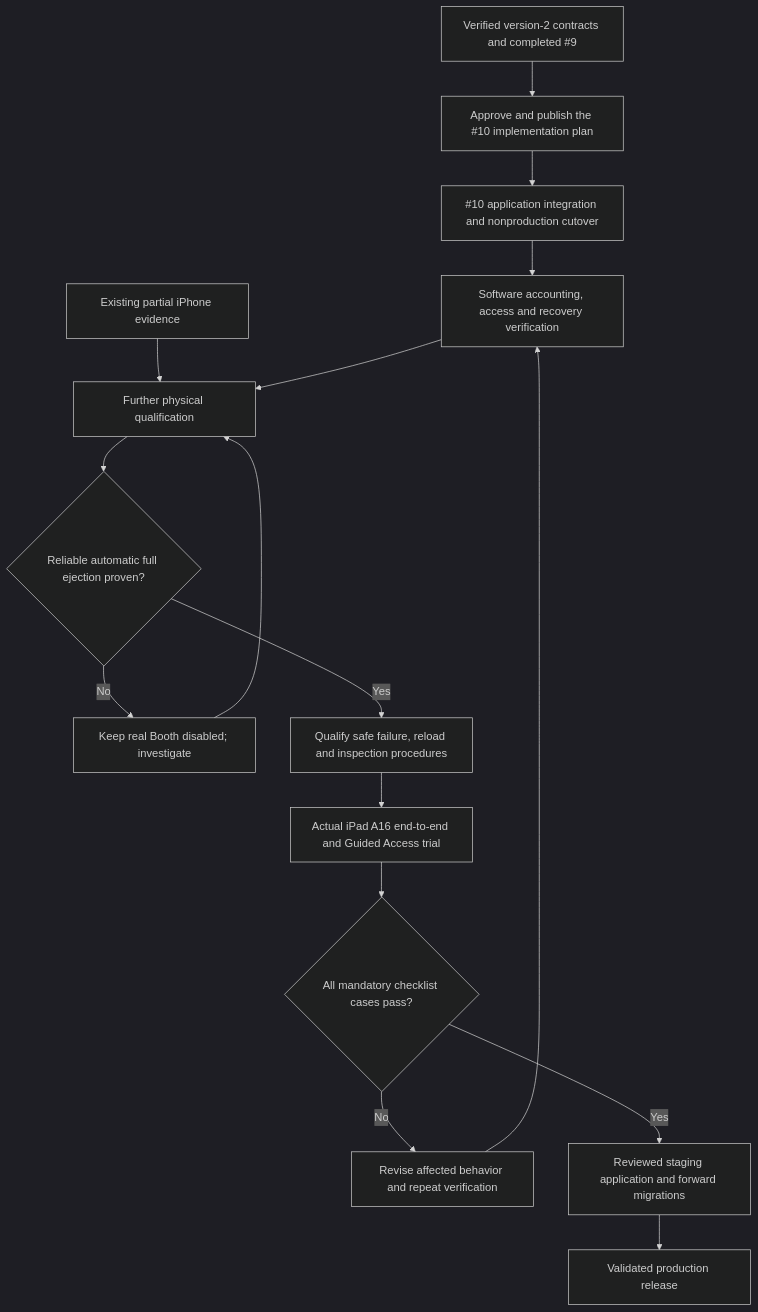
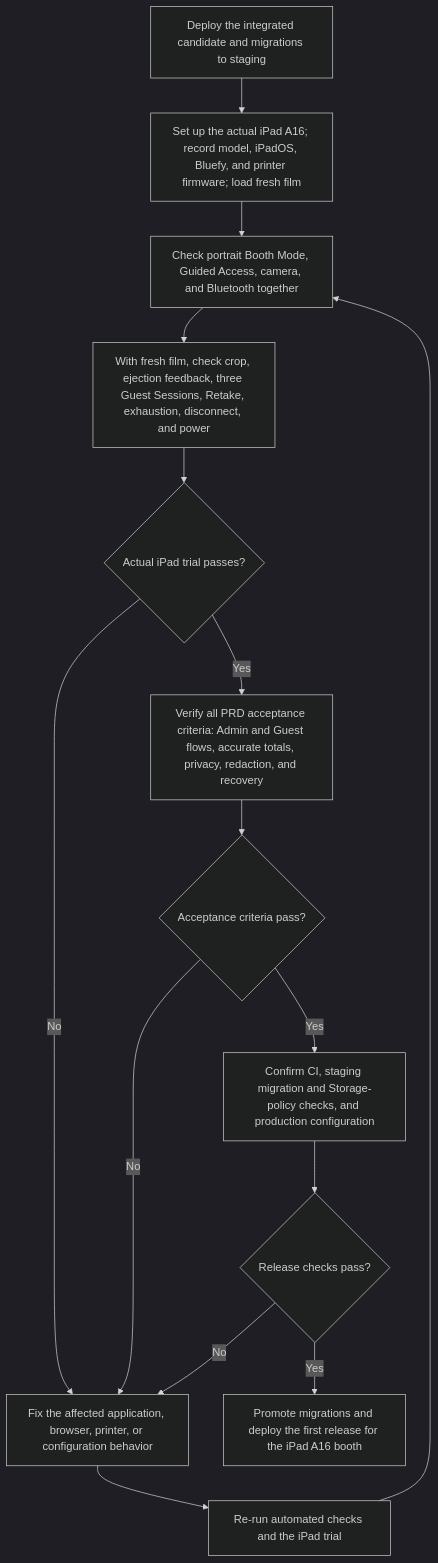
One commit to noelorph/diy-instax-photobooth changed the fourth of 4 diagrams in docs/diagrams/printing-to-deployment-flow.md. Above: the diagram before and after it, drawn with Mermaid (dark theme). The commit also changed other lines of this file and 346 other files, not shown here.

````diff
--- a/docs/diagrams/printing-to-deployment-flow.md
+++ b/docs/diagrams/printing-to-deployment-flow.md
@@ -5,18 +62,17 @@
 ```mermaid
 flowchart TD
-  D[Verified version-2 contracts and completed #9] --> C[Approve and publish the #10 implementation plan]
-  C --> S[#10 application integration and nonproduction cutover]
-  S --> V[Software accounting, access and recovery verification]
-  E[Existing partial iPhone evidence] --> H[Further physical qualification]
-  V --> H
-  H --> A{Reliable automatic full ejection proven?}
-  A -->|No| X[Keep real Booth disabled; investigate]
-  X --> H
-  A -->|Yes| R[Qualify safe failure, reload and inspection procedures]
-  R --> I[Actual iPad A16 end-to-end and Guided Access trial]
-  I --> P{All mandatory checklist cases pass?}
-  P -->|No| F[Revise affected behavior and repeat verification]
-  F --> V
-  P -->|Yes| T[Reviewed staging application and forward migrations]
-  T --> L[Validated production release]
+    A["Deploy the integrated candidate and migrations to staging"] --> B["Set up the actual iPad A16; record model, iPadOS, Bluefy, and printer firmware; load fresh film"]
+    B --> C["Check portrait Booth Mode, Guided Access, camera, and Bluetooth together"]
+    C --> C2["With fresh film, check crop, ejection feedback, three Guest Sessions, Retake, exhaustion, disconnect, and power"]
+    C2 --> D{"Actual iPad trial passes?"}
+    D -- No --> E["Fix the affected application, browser, printer, or configuration behavior"]
+    E --> F["Re-run automated checks and the iPad trial"]
+    F --> C
+    D -- Yes --> G["Verify all PRD acceptance criteria: Admin and Guest flows, accurate totals, privacy, redaction, and recovery"]
+    G --> H{"Acceptance criteria pass?"}
+    H -- No --> E
+    H -- Yes --> I["Confirm CI, staging migration and Storage-policy checks, and production configuration"]
+    I --> J{"Release checks pass?"}
+    J -- No --> E
+    J -- Yes --> K["Promote migrations and deploy the first release for the iPad A16 booth"]
 ```
````
